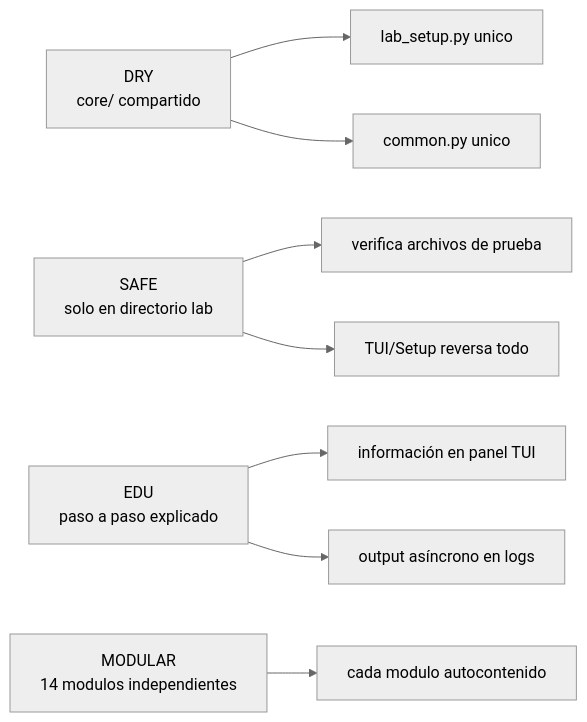
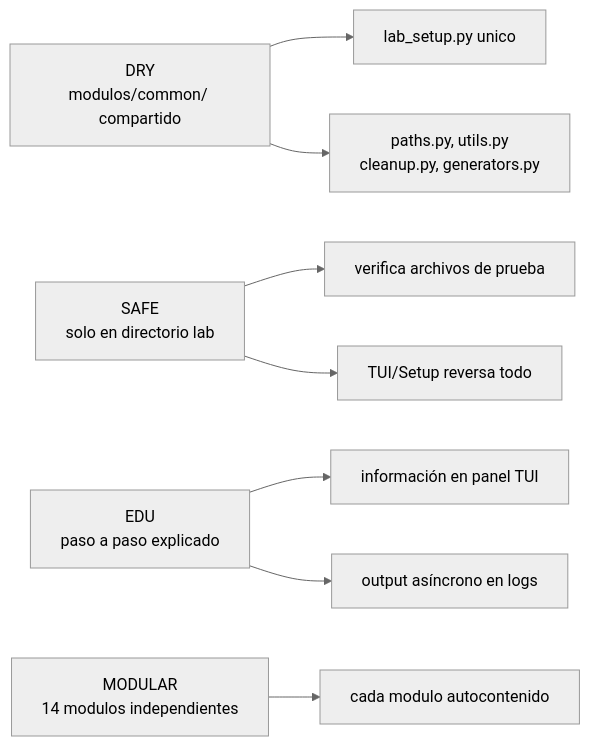
The third of 3 diagrams in README.md (dozelix/easml-framework), drawn with Mermaid (neutral theme) before and after one commit. The commit also changed other lines of this file and 16 other files, not shown here.

````diff
--- a/README.md
+++ b/README.md
@@ -128,16 +135,16 @@
 ```mermaid
 flowchart LR
-    DRY["DRY<br/>core/ compartido"]
+    DRY["DRY<br/>modulos/common/ compartido"]
     SAFE["SAFE<br/>solo en directorio lab"]
     EDU["EDU<br/>paso a paso explicado"]
     MOD["MODULAR<br/>14 modulos independientes"]
 
     DRY --> SETUP["lab_setup.py unico"]
-    DRY --> COMMON["common.py unico"]
+    DRY --> COMMON["paths.py, utils.py<br/>cleanup.py, generators.py"]
     SAFE --> CHECK["verifica archivos de prueba"]
     SAFE --> CLEAN["TUI/Setup reversa todo"]
     EDU --> BANNER["información en panel TUI"]
     EDU --> STEP["output asíncrono en logs"]
     MOD --> ISOLATE["cada modulo autocontenido"]
 
 ```
````
